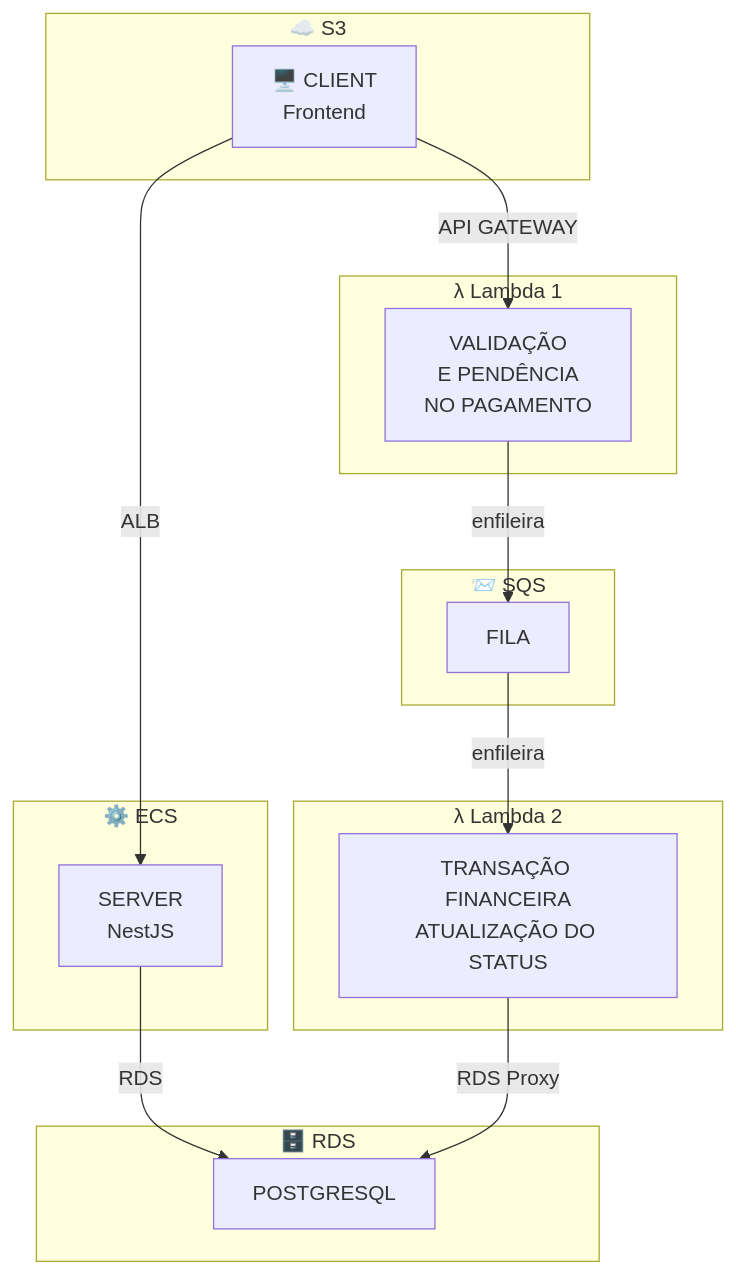
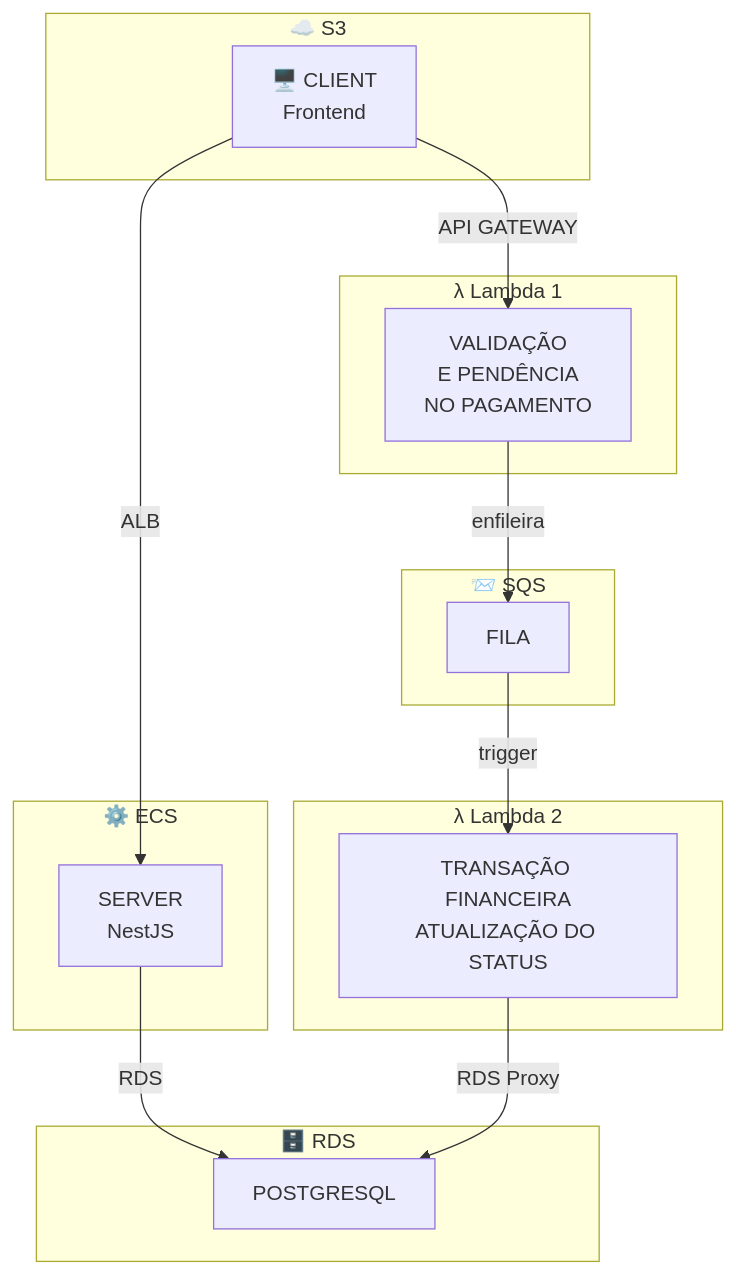
The first of 3 diagrams in README.md (enzochristo/cloud-backend), drawn with Mermaid before and after one commit. The commit also changed other lines of this file, not shown here.

Commit message:
docs: update network topology diagram and enhance VPC architecture details

````diff
--- a/README.md
+++ b/README.md
@@ -28,33 +28,33 @@
 ```mermaid
 graph TB
     subgraph S3["☁️ S3"]
         CLIENT["🖥️ CLIENT\nFrontend"]
     end
 
     subgraph ECS["⚙️ ECS"]
         SERVER["SERVER\nNestJS"]
     end
 
     subgraph RDS["🗄️ RDS"]
         PG["POSTGRESQL"]
     end
 
     subgraph LAMBDA1["λ Lambda 1"]
         VAL["VALIDAÇÃO\nE PENDÊNCIA\nNO PAGAMENTO"]
     end
 
     subgraph SQS_BOX["📨 SQS"]
         FILA["FILA"]
     end
 
     subgraph LAMBDA2["λ Lambda 2"]
         PROC["TRANSAÇÃO FINANCEIRA\nATUALIZAÇÃO DO STATUS"]
     end
 
     CLIENT -->|ALB| SERVER
     SERVER -->|RDS| PG
     CLIENT -->|API GATEWAY| VAL
     VAL -->|enfileira| FILA
-    FILA -->|enfileira| PROC
+    FILA -->|trigger| PROC
     PROC -->|RDS Proxy| PG
 ```
````
